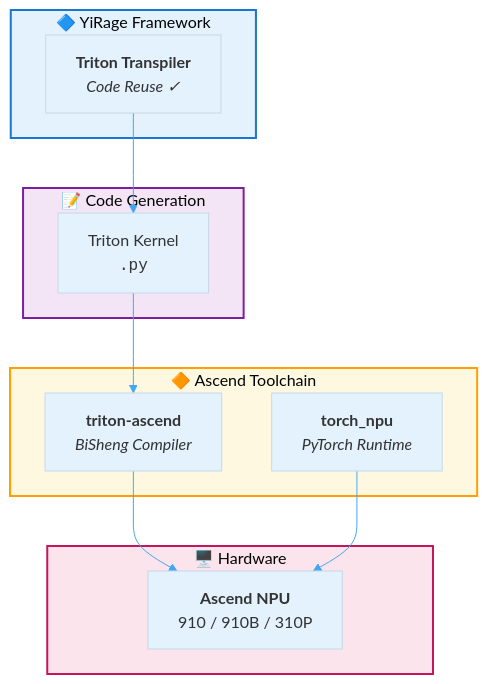
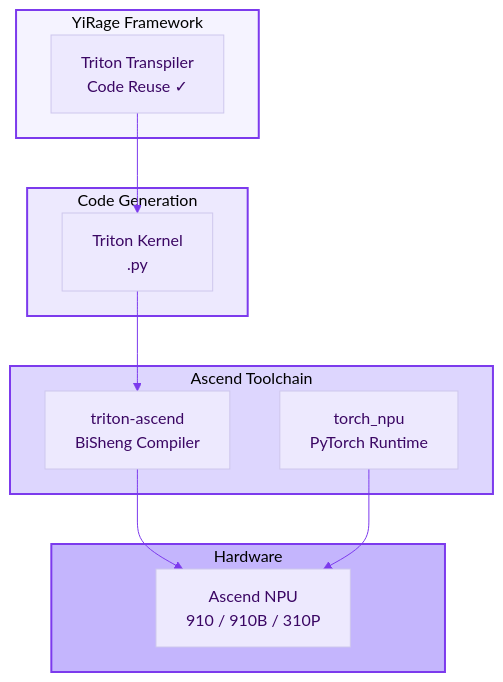
The second of 2 diagrams in docs/ascend_quick_start.md (chenxingqiang/YiRage), drawn with Mermaid before and after one commit. The commit also changed other lines of this file and 9 other files, not shown here.

First line of the commit message:
style: unify Mermaid diagrams to minimal purple theme

````diff
--- a/docs/ascend_quick_start.md
+++ b/docs/ascend_quick_start.md
@@ -192,28 +192,28 @@
 ```mermaid
-%%{init: {'theme': 'base', 'themeVariables': { 'primaryColor': '#e3f2fd', 'lineColor': '#42a5f5'}}}%%
+%%{init: {'theme': 'base', 'themeVariables': { 'primaryColor': '#ede9fe', 'primaryTextColor': '#3b0764', 'lineColor': '#7c3aed'}}}%%
 flowchart TB
-    subgraph YIRAGE["🔷 YiRage Framework"]
-        A["<b>Triton Transpiler</b><br/><i>Code Reuse ✓</i>"]
+    subgraph YIRAGE["YiRage Framework"]
+        A["Triton Transpiler<br/>Code Reuse ✓"]
     end
 
-    subgraph CODEGEN["📝 Code Generation"]
-        B["Triton Kernel<br/><code>.py</code>"]
+    subgraph CODEGEN["Code Generation"]
+        B["Triton Kernel<br/>.py"]
     end
 
-    subgraph ASCEND["🔶 Ascend Toolchain"]
-        C["<b>triton-ascend</b><br/><i>BiSheng Compiler</i>"]
-        D["<b>torch_npu</b><br/><i>PyTorch Runtime</i>"]
+    subgraph ASCEND["Ascend Toolchain"]
+        C["triton-ascend<br/>BiSheng Compiler"]
+        D["torch_npu<br/>PyTorch Runtime"]
     end
 
-    subgraph HW["🖥️ Hardware"]
-        E["<b>Ascend NPU</b><br/>910 / 910B / 310P"]
+    subgraph HW["Hardware"]
+        E["Ascend NPU<br/>910 / 910B / 310P"]
     end
 
     A --> B --> C --> E
     D --> E
 
-    style YIRAGE fill:#e3f2fd,stroke:#1976d2,stroke-width:2px
-    style CODEGEN fill:#f3e5f5,stroke:#7b1fa2,stroke-width:2px
-    style ASCEND fill:#fff8e1,stroke:#ffa000,stroke-width:2px
-    style HW fill:#fce4ec,stroke:#c2185b,stroke-width:2px
+    style YIRAGE fill:#f5f3ff,stroke:#7c3aed,stroke-width:2px
+    style CODEGEN fill:#ede9fe,stroke:#7c3aed,stroke-width:2px
+    style ASCEND fill:#ddd6fe,stroke:#7c3aed,stroke-width:2px
+    style HW fill:#c4b5fd,stroke:#7c3aed,stroke-width:2px
 ```
````
